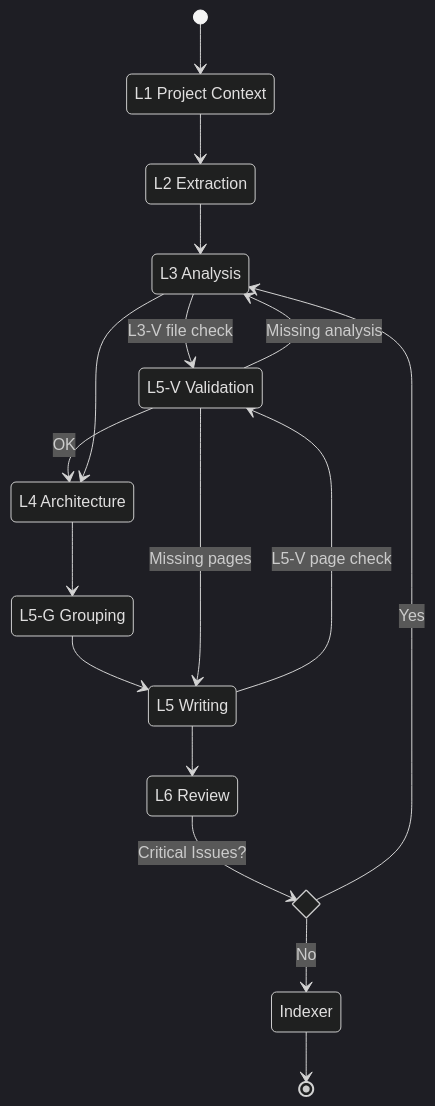
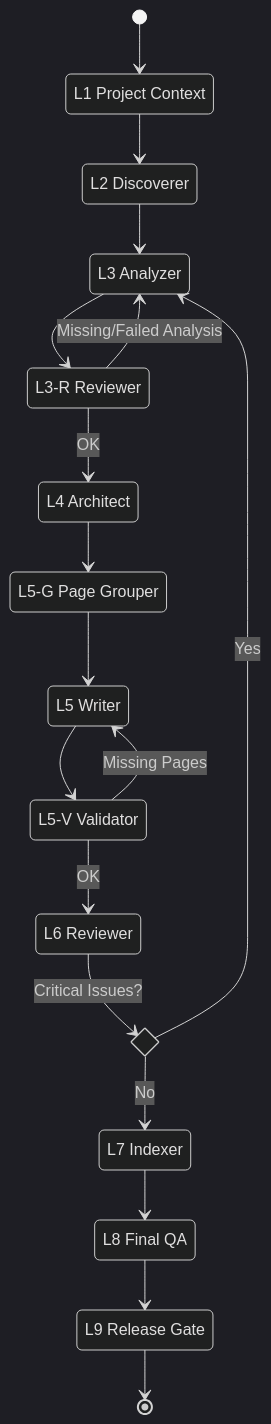
The diagram in docs/agent-orchestration.md (ifapmzadu6/vscode-copilot-deepwiki-extention), drawn with Mermaid (dark theme) before and after one commit. The commit also changed other lines of this file and 2 other files, not shown here.

Commit message:
docs: update documentation to match 9-stage pipeline implementation (#133)
- Update README.md to reflect L1-L9 pipeline instead of outdated L1-L6
- Remove L3V references from agent-orchestration.md (removed in #131)
- Add L3-R and L5-V as validation gates in documentation
- Update mermaid diagram to show full L1-L9 flow with L7, L8, L9 stages
- Fix 7-stage reference to 9-stage in runSubagent-patterns.md

````diff
--- a/docs/agent-orchestration.md
+++ b/docs/agent-orchestration.md
@@ -85,31 +86,35 @@
 ```mermaid
 stateDiagram-v2
     [*] --> L1
     state "L1 Project Context" as L1
-    state "L2 Extraction" as L2
-    state "L3 Analysis" as L3
-    state "L4 Architecture" as L4
-    state "L5-G Grouping" as L5G
-    state "L5 Writing" as L5
-    state "L5-V Validation" as L5V
-    state "L6 Review" as L6
-    state "Indexer" as Indexer
+    state "L2 Discoverer" as L2
+    state "L3 Analyzer" as L3
+    state "L3-R Reviewer" as L3R
+    state "L4 Architect" as L4
+    state "L5-G Page Grouper" as L5G
+    state "L5 Writer" as L5
+    state "L5-V Validator" as L5V
+    state "L6 Reviewer" as L6
+    state "L7 Indexer" as L7
+    state "L8 Final QA" as L8
+    state "L9 Release Gate" as L9
 
     L1 --> L2
     L2 --> L3
-    L3 --> L5V: L3-V file check
-    L5V --> L3: Missing analysis
-    L5V --> L4: OK
-    L3 --> L4
+    L3 --> L3R
+    L3R --> L3: Missing/Failed Analysis
+    L3R --> L4: OK
     L4 --> L5G
     L5G --> L5
-    L5 --> L5V: L5-V page check
-    L5V --> L5: Missing pages
-    L5 --> L6
+    L5 --> L5V
+    L5V --> L5: Missing Pages
+    L5V --> L6: OK
 
     state L6_Decision <<choice>>
     L6 --> L6_Decision: Critical Issues?
     L6_Decision --> L3: Yes
-    L6_Decision --> Indexer: No
-    Indexer --> [*]
+    L6_Decision --> L7: No
+    L7 --> L8
+    L8 --> L9
+    L9 --> [*]
 ```
````
